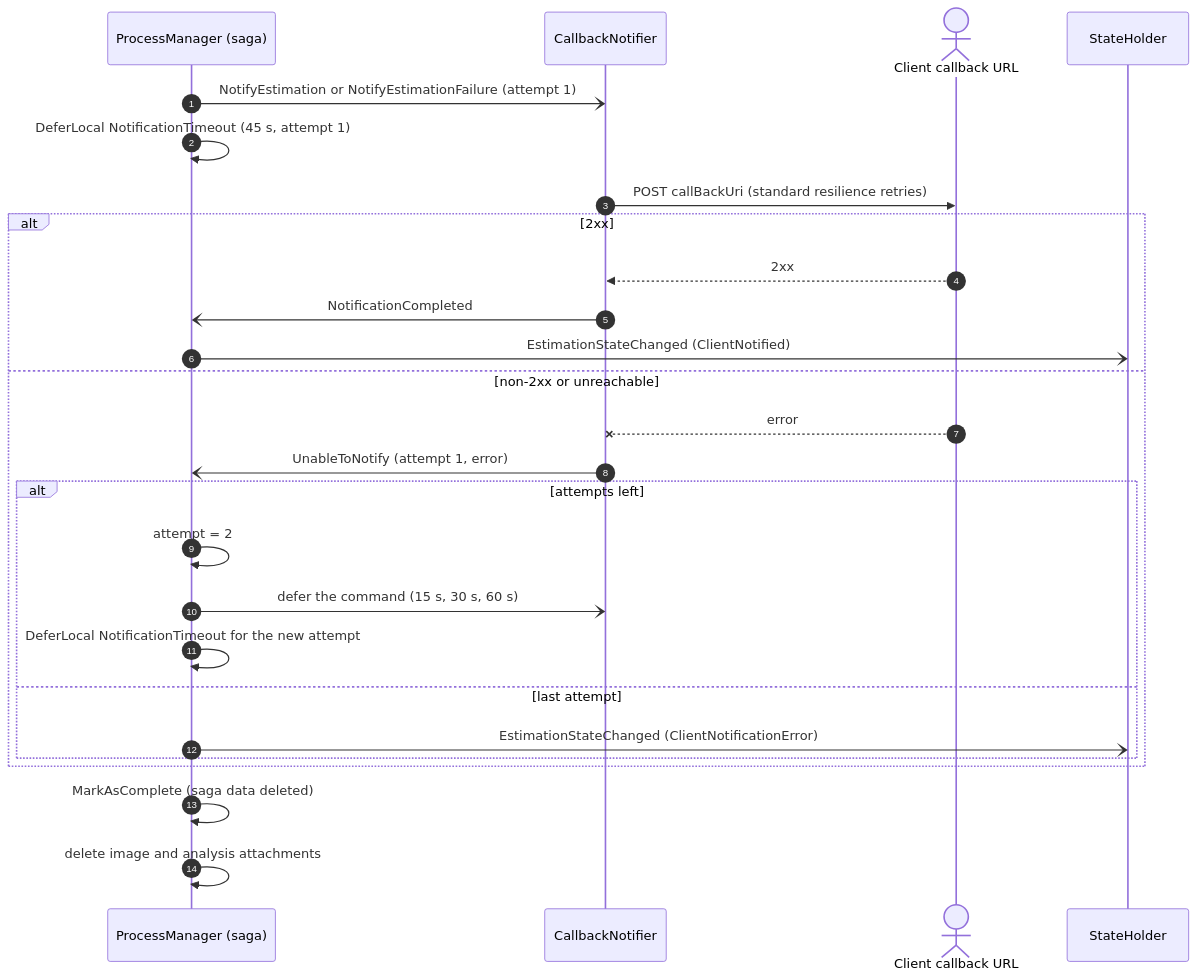
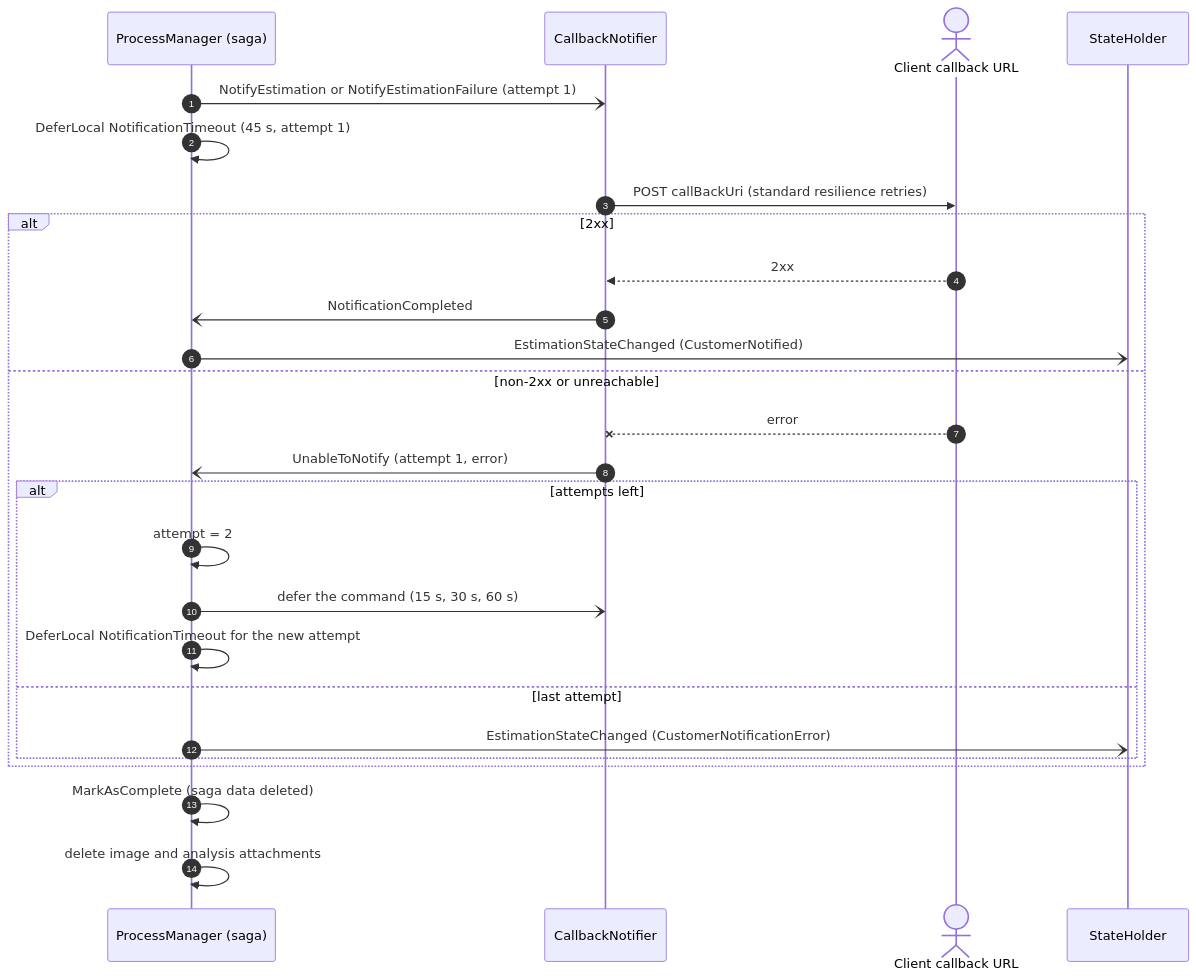
One commit to hbiarge/Estimations changed the eighth of 10 diagrams in docs/messages-flow.md. Above: the diagram before and after it, drawn with Mermaid. The commit also changed other lines of this file and 57 other files, not shown here.

Commit message:
Rename the client concept to customer

````diff
--- a/docs/messages-flow.md
+++ b/docs/messages-flow.md
@@ -288,29 +288,29 @@
 ```mermaid
 sequenceDiagram
     autonumber
     participant PM as ProcessManager (saga)
     participant CN as CallbackNotifier
     actor Client as Client callback URL
     participant SH as StateHolder
 
     PM-)CN: NotifyEstimation or NotifyEstimationFailure (attempt 1)
     PM->>PM: DeferLocal NotificationTimeout (45 s, attempt 1)
     CN->>Client: POST callBackUri (standard resilience retries)
     alt 2xx
         Client-->>CN: 2xx
         CN-)PM: NotificationCompleted
-        PM-)SH: EstimationStateChanged (ClientNotified)
+        PM-)SH: EstimationStateChanged (CustomerNotified)
     else non-2xx or unreachable
         Client--xCN: error
         CN-)PM: UnableToNotify (attempt 1, error)
         alt attempts left
             PM->>PM: attempt = 2
             PM-)CN: defer the command (15 s, 30 s, 60 s)
             PM->>PM: DeferLocal NotificationTimeout for the new attempt
         else last attempt
-            PM-)SH: EstimationStateChanged (ClientNotificationError)
+            PM-)SH: EstimationStateChanged (CustomerNotificationError)
         end
     end
     PM->>PM: MarkAsComplete (saga data deleted)
     PM->>PM: delete image and analysis attachments
 ```
````
